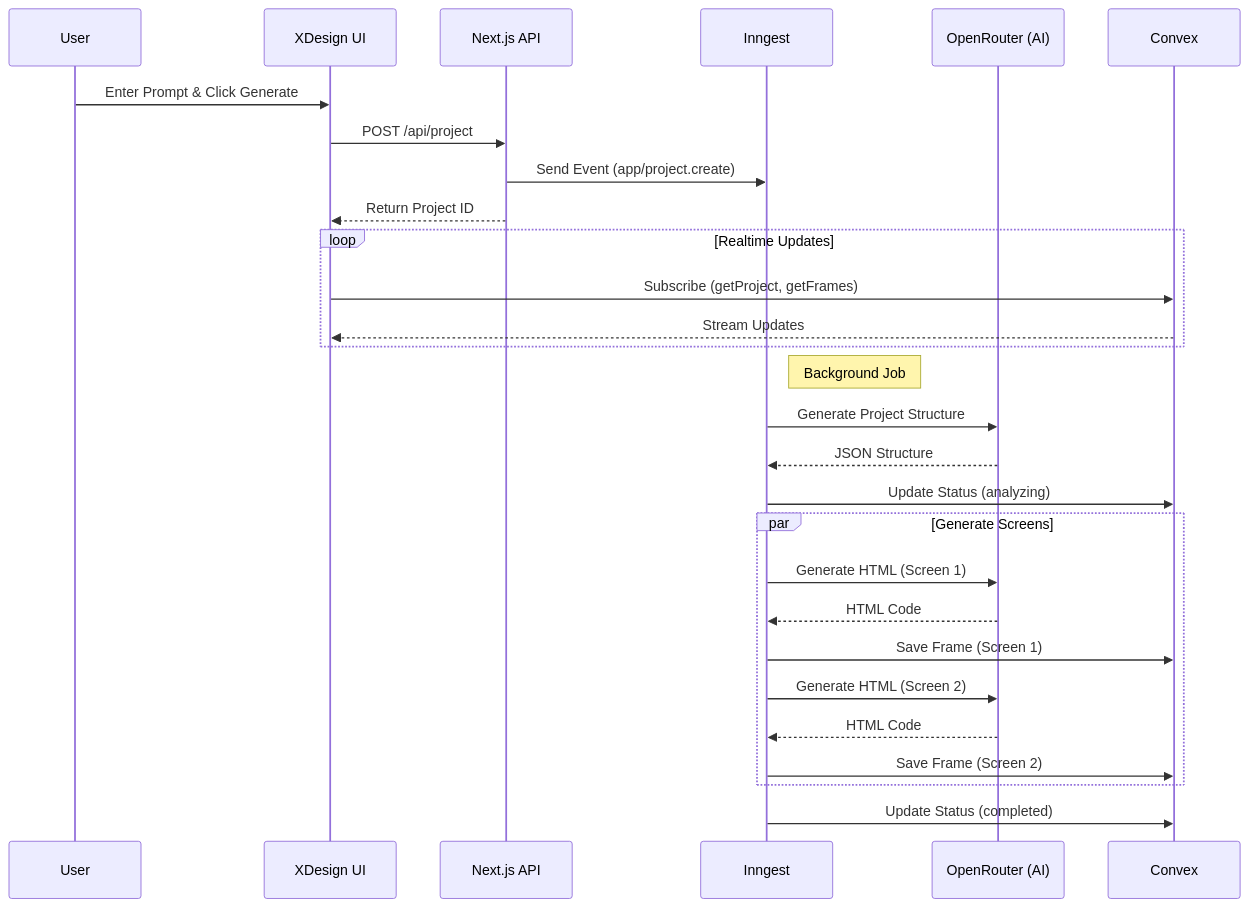
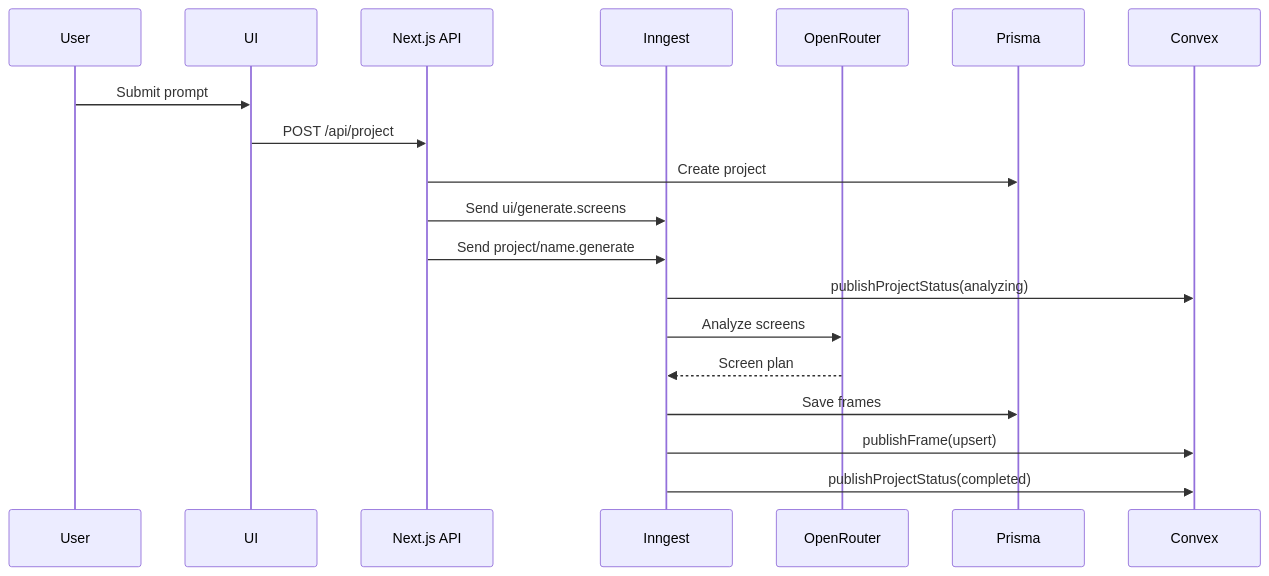
Before and after one commit to HemanshuYPatil/XTool.ai: the third of 10 diagrams in README.md, drawn with Mermaid. The commit also changed other lines of this file and 4 other files, not shown here.

````diff
--- a/README.md
+++ b/README.md
@@ -74,36 +122,22 @@
 ```mermaid
 sequenceDiagram
-    participant User
-    participant UI as XDesign UI
-    participant API as Next.js API
-    participant Inngest
-    participant LLM as OpenRouter (AI)
-    participant Convex
+  participant User
+  participant UI
+  participant API as Next.js API
+  participant Inngest
+  participant LLM as OpenRouter
+  participant Prisma
+  participant Convex
 
-    User->>UI: Enter Prompt & Click Generate
-    UI->>API: POST /api/project
-    API->>Inngest: Send Event (app/project.create)
-    API-->>UI: Return Project ID
-    
-    loop Realtime Updates
-        UI->>Convex: Subscribe (getProject, getFrames)
-        Convex-->>UI: Stream Updates
-    end
-
-    Note right of Inngest: Background Job
-    Inngest->>LLM: Generate Project Structure
-    LLM-->>Inngest: JSON Structure
-    Inngest->>Convex: Update Status (analyzing)
-    
-    par Generate Screens
-        Inngest->>LLM: Generate HTML (Screen 1)
-        LLM-->>Inngest: HTML Code
-        Inngest->>Convex: Save Frame (Screen 1)
-        
-        Inngest->>LLM: Generate HTML (Screen 2)
-        LLM-->>Inngest: HTML Code
-        Inngest->>Convex: Save Frame (Screen 2)
-    end
-    
-    Inngest->>Convex: Update Status (completed)
+  User->>UI: Submit prompt
+  UI->>API: POST /api/project
+  API->>Prisma: Create project
+  API->>Inngest: Send ui/generate.screens
+  API->>Inngest: Send project/name.generate
+  Inngest->>Convex: publishProjectStatus(analyzing)
+  Inngest->>LLM: Analyze screens
+  LLM-->>Inngest: Screen plan
+  Inngest->>Prisma: Save frames
+  Inngest->>Convex: publishFrame(upsert)
+  Inngest->>Convex: publishProjectStatus(completed)
 ```
````
